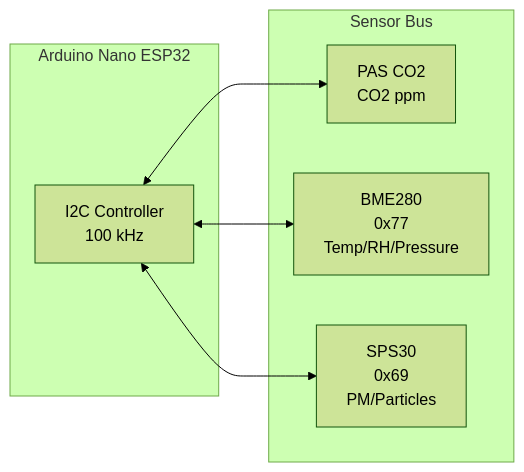
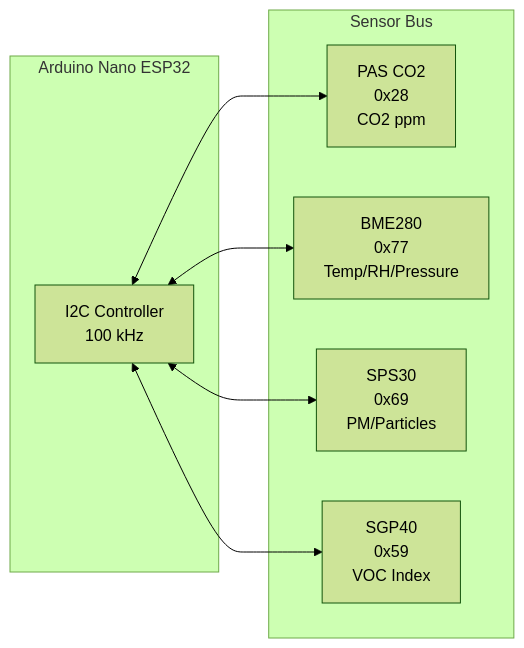
The second of 21 diagrams in docs/architecture.md (kuvychko/env_monitoring), drawn with Mermaid (forest theme) before and after one commit. The commit also changed other lines of this file and 13 other files, not shown here.

````diff
--- a/docs/architecture.md
+++ b/docs/architecture.md
@@ -73,16 +80,18 @@
 ```mermaid
 flowchart LR
     subgraph MCU["Arduino Nano ESP32"]
         I2C["I2C Controller<br/>100 kHz"]
     end
 
     subgraph Sensors["Sensor Bus"]
-        CO2["PAS CO2<br/>CO2 ppm"]
+        CO2["PAS CO2<br/>0x28<br/>CO2 ppm"]
         BME["BME280<br/>0x77<br/>Temp/RH/Pressure"]
         SPS["SPS30<br/>0x69<br/>PM/Particles"]
+        SGP["SGP40<br/>0x59<br/>VOC Index"]
     end
 
     I2C <--> CO2
     I2C <--> BME
     I2C <--> SPS
+    I2C <--> SGP
 ```
````
